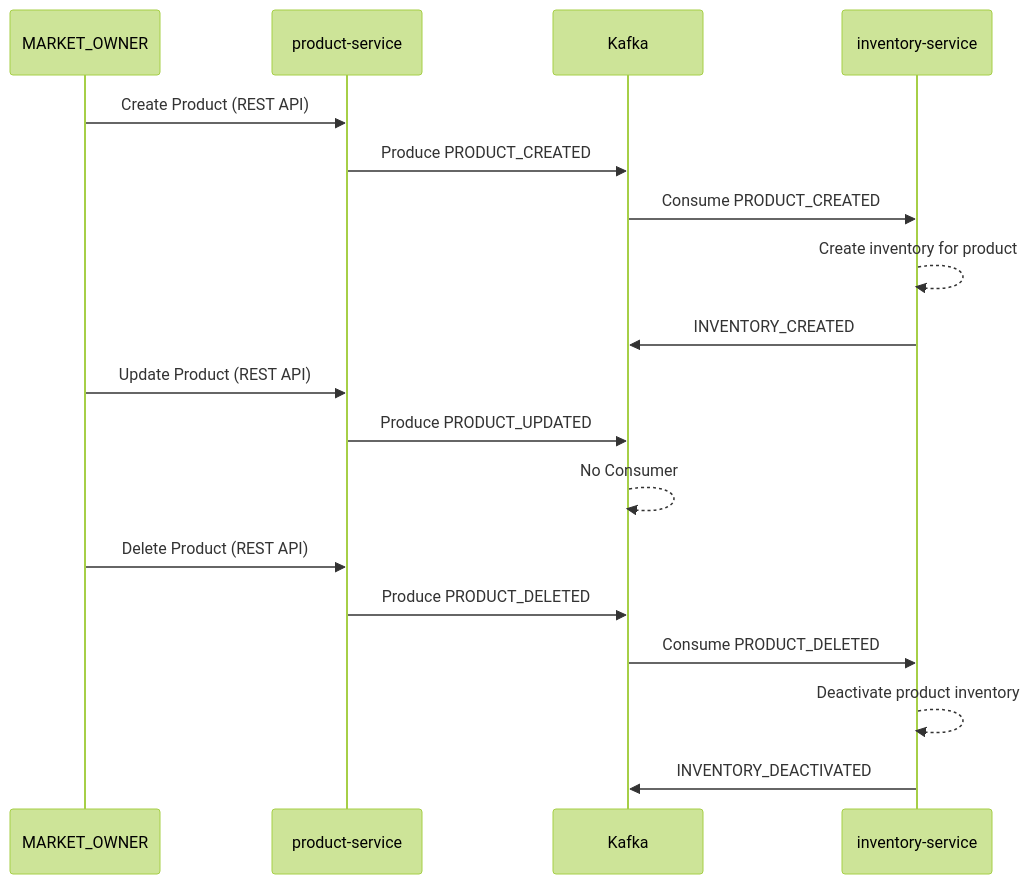
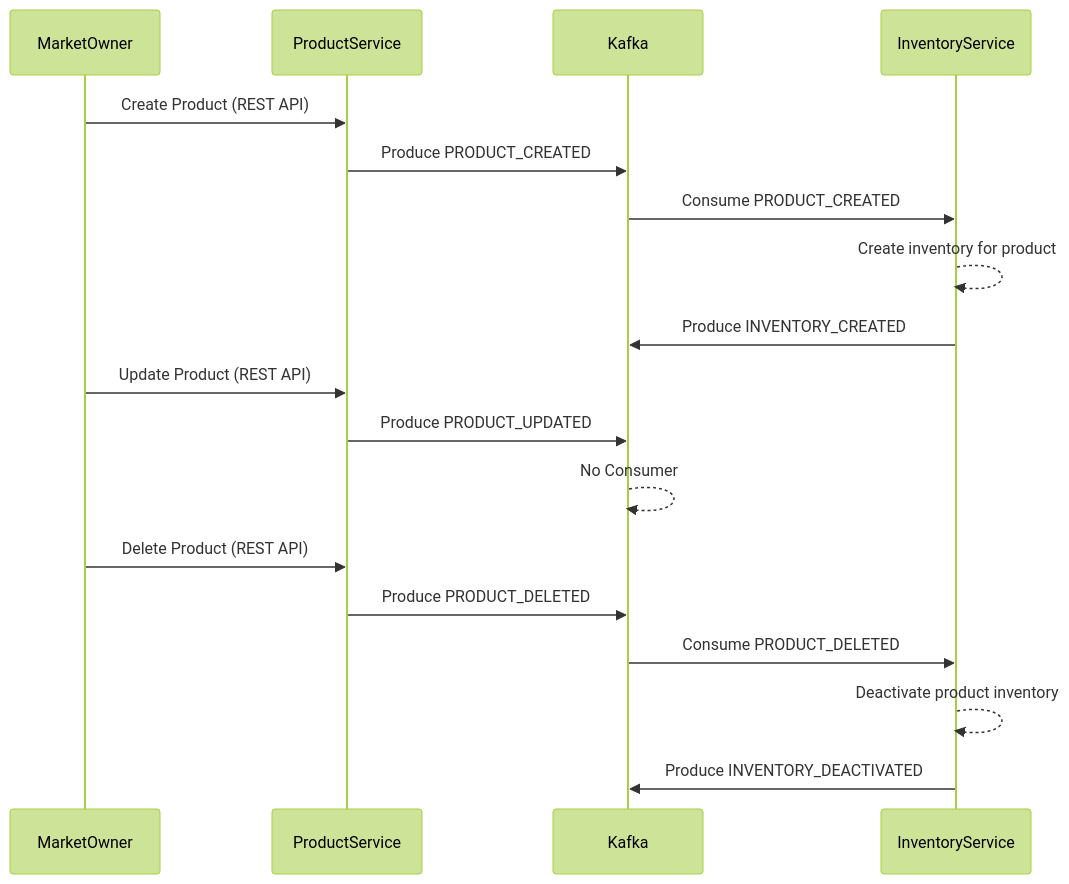
The first of 7 diagrams in documents/FLOWS.md (sevketbuyukdemir/microservices), drawn with Mermaid (forest theme) before and after one commit. The commit also changed other lines of this file and 2 other files, not shown here.

Commit message:
MICROSERVICES-24 - Architecture document is added. Flows document is updated.

````diff
--- a/documents/FLOWS.md
+++ b/documents/FLOWS.md
@@ -7,23 +7,23 @@
 ```mermaid
 sequenceDiagram
-    participant MO as MARKET_OWNER
-    participant PS as product-service
+    participant MO as MarketOwner
+    participant PS as ProductService
     participant K as Kafka
-    participant IS as inventory-service
+    participant IS as InventoryService
 
     MO->>PS: Create Product (REST API)
     PS->>K: Produce PRODUCT_CREATED
     K->>IS: Consume PRODUCT_CREATED
     IS-->>IS: Create inventory for product
-    IS->>K: INVENTORY_CREATED
+    IS->>K: Produce INVENTORY_CREATED
 
     MO->>PS: Update Product (REST API)
     PS->>K: Produce PRODUCT_UPDATED
     K-->>K: No Consumer
 
     MO->>PS: Delete Product (REST API)
     PS->>K: Produce PRODUCT_DELETED
     K->>IS: Consume PRODUCT_DELETED
     IS-->>IS: Deactivate product inventory
-    IS->>K: INVENTORY_DEACTIVATED
+    IS->>K: Produce INVENTORY_DEACTIVATED
 ```
````
